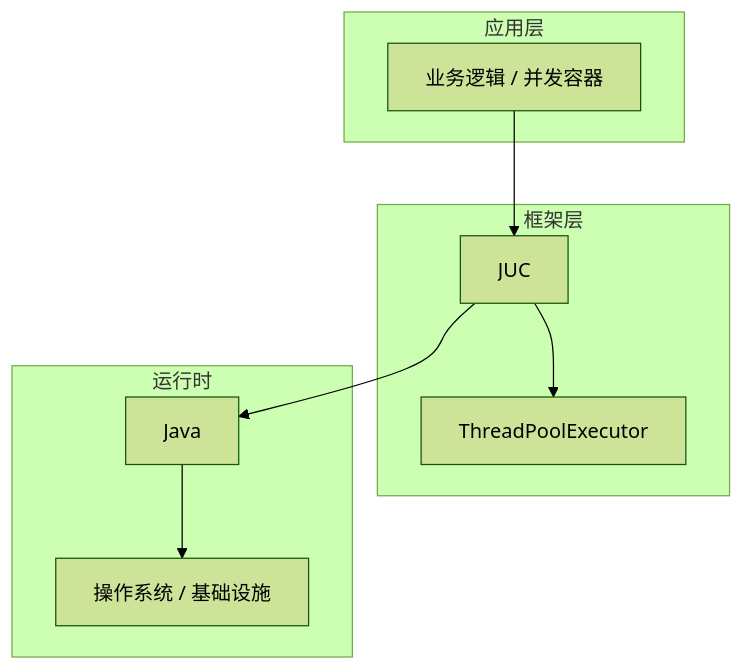
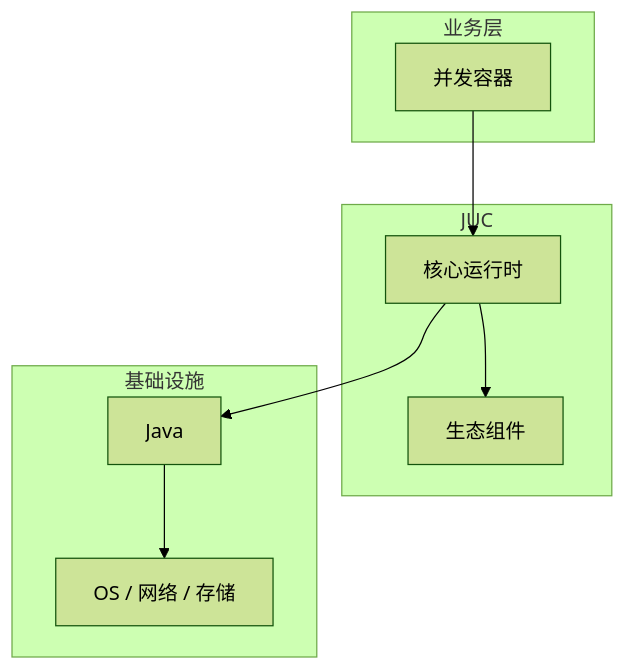
One commit to yanggan2015/knowledge-json-v2 changed the diagram in articles/Java并发/chapters/041-并发容器核心概念与原理.md. Above: the diagram before and after it, drawn with Mermaid (forest theme). The commit also changed other lines of this file and 10127 other files, not shown here.

````diff
--- a/articles/Java并发/chapters/041-并发容器核心概念与原理.md
+++ b/articles/Java并发/chapters/041-并发容器核心概念与原理.md
@@ -45,18 +34,18 @@
 ```mermaid
 graph TB
-    subgraph 应用层
-        A[业务逻辑 / 并发容器]
+    subgraph 业务层
+        A[并发容器]
     end
-    subgraph 框架层
-        B[JUC]
-        C[ThreadPoolExecutor]
+    subgraph JUC
+        B[核心运行时]
+        C[生态组件]
     end
-    subgraph 运行时
+    subgraph 基础设施
         D[Java]
-        E[操作系统 / 基础设施]
+        E[OS / 网络 / 存储]
     end
     A --> B
     B --> C
     B --> D
     D --> E
 ```
````
